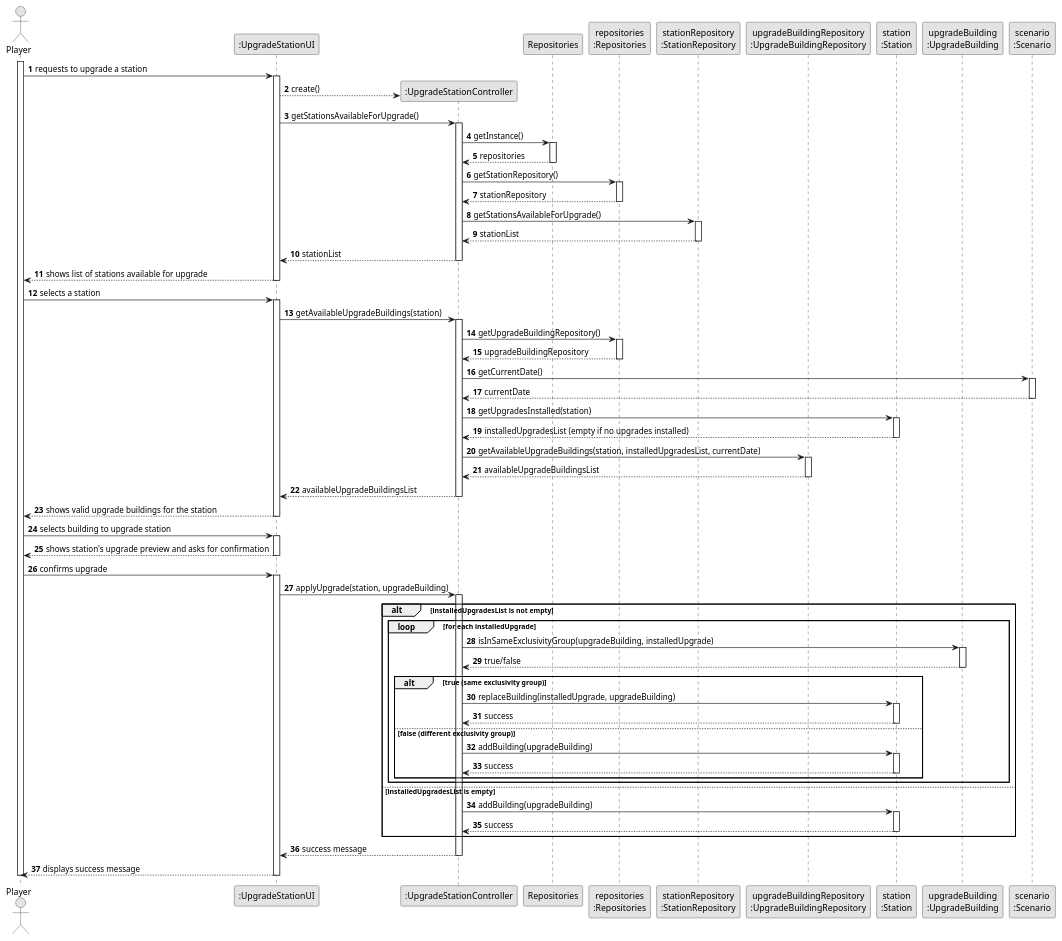
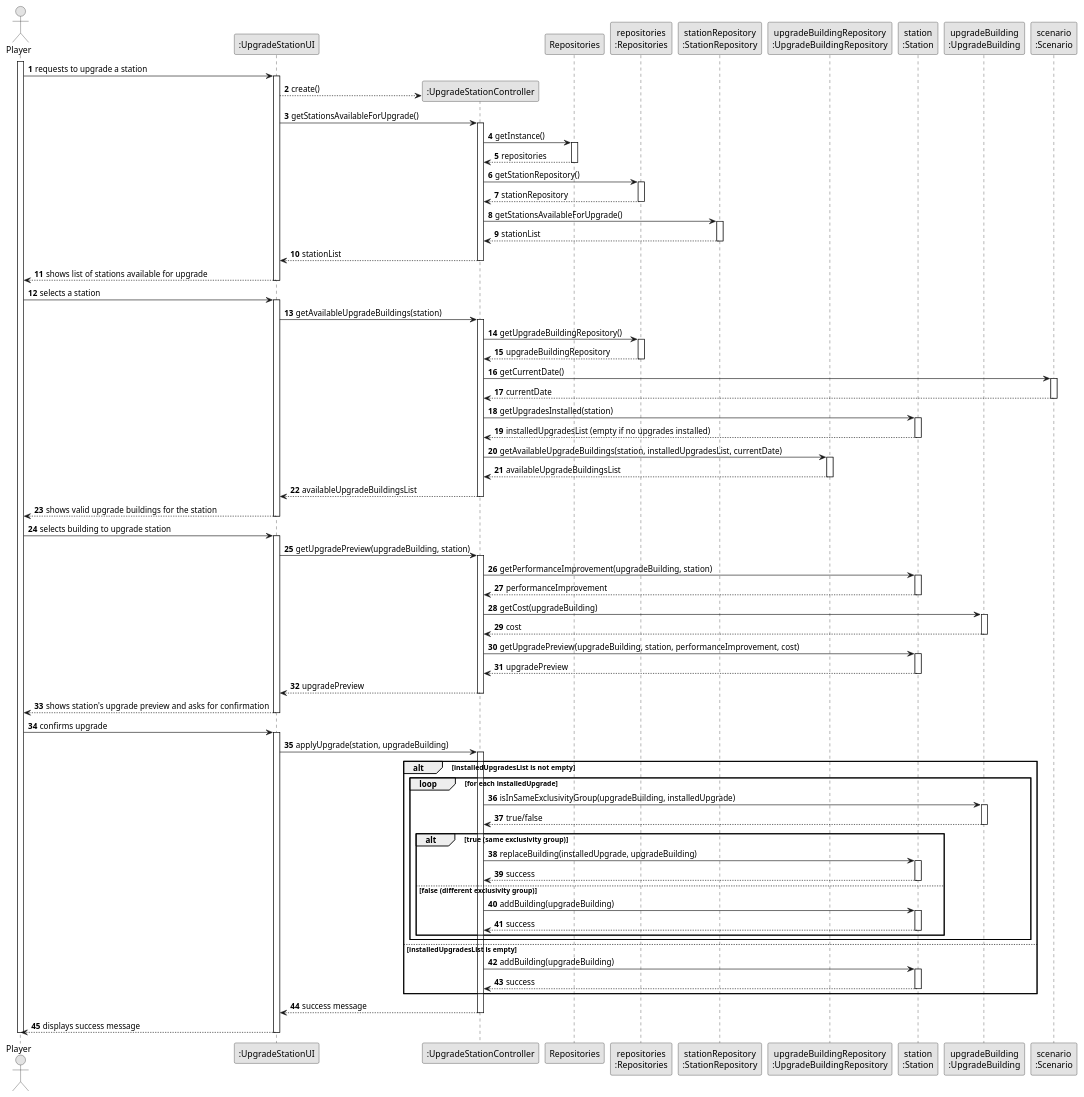
Before and after one commit to Educ00/mdisc-2425: the diagram in docs/system-documentation/sprint 2/US06/03.design/puml/US006-SD-full.puml, drawn with PlantUML. The commit also changed 7 other files, not shown here.

Commit message:
Update on US06, after another revision decided to expand on the upgrade preview details, as I think it's necessary to get the performance improvement and the cost of the upgrade. Also added the attribute lifespan to Cargo after another close reading of the project document.

```diff
--- a/docs/system-documentation/sprint 2/US06/03.design/puml/US006-SD-full.puml
+++ b/docs/system-documentation/sprint 2/US06/03.design/puml/US006-SD-full.puml
@@ -1,129 +1,156 @@
 @startuml
 skinparam monochrome true
 skinparam packageStyle rectangle
 skinparam shadowing false
 
 autonumber
 
 actor "Player" as PLAYER
 participant ":UpgradeStationUI" as UI
 participant ":UpgradeStationController" as CTRL
 participant "Repositories" as REPOS
 participant "repositories\n:Repositories" as REPOS_SINGLETON
 participant "stationRepository\n:StationRepository" as STATION_REPO
 participant "upgradeBuildingRepository\n:UpgradeBuildingRepository" as UPGRADE_BUILDING_REPO
 participant "station\n:Station" as STATION
 participant "upgradeBuilding\n:UpgradeBuilding" as UPGRADE_BUILDING
 participant "scenario\n:Scenario" as SCENARIO
 
 activate PLAYER
 
 PLAYER -> UI : requests to upgrade a station
 activate UI
 
 UI --> CTRL** : create()
 
 UI -> CTRL : getStationsAvailableForUpgrade()
 activate CTRL
 
 CTRL -> REPOS : getInstance()
 activate REPOS
 
 REPOS --> CTRL : repositories
 deactivate REPOS
 
 CTRL -> REPOS_SINGLETON : getStationRepository()
 activate REPOS_SINGLETON
 
 REPOS_SINGLETON --> CTRL : stationRepository
 deactivate REPOS_SINGLETON
 
 CTRL -> STATION_REPO : getStationsAvailableForUpgrade()
 activate STATION_REPO
 STATION_REPO --> CTRL : stationList
 deactivate STATION_REPO
 
 CTRL --> UI : stationList
 deactivate CTRL
 
 UI --> PLAYER : shows list of stations available for upgrade
 deactivate UI
 
 PLAYER -> UI : selects a station
 activate UI
 
 UI -> CTRL : getAvailableUpgradeBuildings(station)
 activate CTRL
 
 CTRL -> REPOS_SINGLETON : getUpgradeBuildingRepository()
 activate REPOS_SINGLETON
 
 REPOS_SINGLETON --> CTRL : upgradeBuildingRepository
 deactivate REPOS_SINGLETON
 
 CTRL -> SCENARIO : getCurrentDate()
 activate SCENARIO
+
 SCENARIO --> CTRL : currentDate
 deactivate SCENARIO
 
 CTRL -> STATION : getUpgradesInstalled(station)
 activate STATION
+
 STATION --> CTRL : installedUpgradesList (empty if no upgrades installed)
 deactivate STATION
 
 CTRL -> UPGRADE_BUILDING_REPO : getAvailableUpgradeBuildings(station, installedUpgradesList, currentDate)
 activate UPGRADE_BUILDING_REPO
 UPGRADE_BUILDING_REPO --> CTRL : availableUpgradeBuildingsList
 deactivate UPGRADE_BUILDING_REPO
 
 CTRL --> UI : availableUpgradeBuildingsList
 deactivate CTRL
 
 UI --> PLAYER : shows valid upgrade buildings for the station
 deactivate UI
 
 PLAYER -> UI : selects building to upgrade station
 activate UI
+
+UI -> CTRL : getUpgradePreview(upgradeBuilding, station)
+activate CTRL
+
+CTRL -> STATION : getPerformanceImprovement(upgradeBuilding, station)
+activate STATION
+
+STATION --> CTRL : performanceImprovement
+deactivate STATION
+CTRL -> UPGRADE_BUILDING : getCost(upgradeBuilding)
+activate UPGRADE_BUILDING
+
+UPGRADE_BUILDING --> CTRL : cost
+deactivate UPGRADE_BUILDING
+CTRL -> STATION : getUpgradePreview(upgradeBuilding, station, performanceImprovement, cost)
+activate STATION
+
+STATION --> CTRL : upgradePreview
+deactivate STATION
+CTRL --> UI : upgradePreview
+deactivate CTRL
 
 UI --> PLAYER : shows station's upgrade preview and asks for confirmation
 deactivate UI
 
 PLAYER -> UI : confirms upgrade
 activate UI
 UI -> CTRL : applyUpgrade(station, upgradeBuilding)
 activate CTRL
 
 alt installedUpgradesList is not empty
 loop for each installedUpgrade
 CTRL -> UPGRADE_BUILDING : isInSameExclusivityGroup(upgradeBuilding, installedUpgrade)
 activate UPGRADE_BUILDING
 UPGRADE_BUILDING --> CTRL : true/false
 deactivate UPGRADE_BUILDING
 
 alt true (same exclusivity group)
 CTRL -> STATION : replaceBuilding(installedUpgrade, upgradeBuilding)
 activate STATION
+
 STATION --> CTRL : success
 deactivate STATION
 else false (different exclusivity group)
 CTRL -> STATION : addBuilding(upgradeBuilding)
 activate STATION
+
 STATION --> CTRL : success
 deactivate STATION
 end
+
 end
 else installedUpgradesList is empty
 CTRL -> STATION : addBuilding(upgradeBuilding)
 activate STATION
+
 STATION --> CTRL : success
 deactivate STATION
 end
 
 CTRL --> UI : success message
 deactivate CTRL
 
 UI --> PLAYER : displays success message
 deactivate UI
 
 deactivate PLAYER
 @enduml
```
